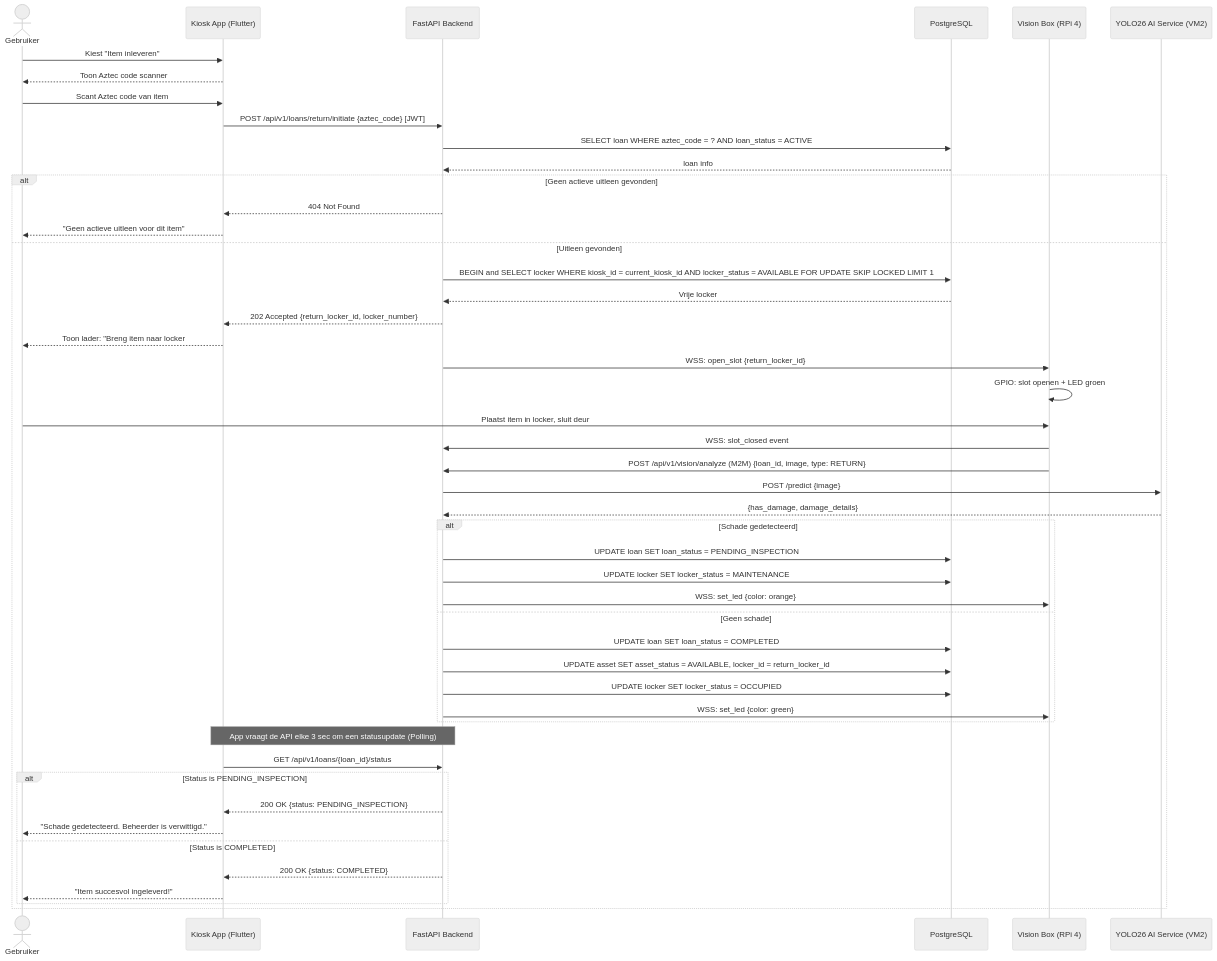
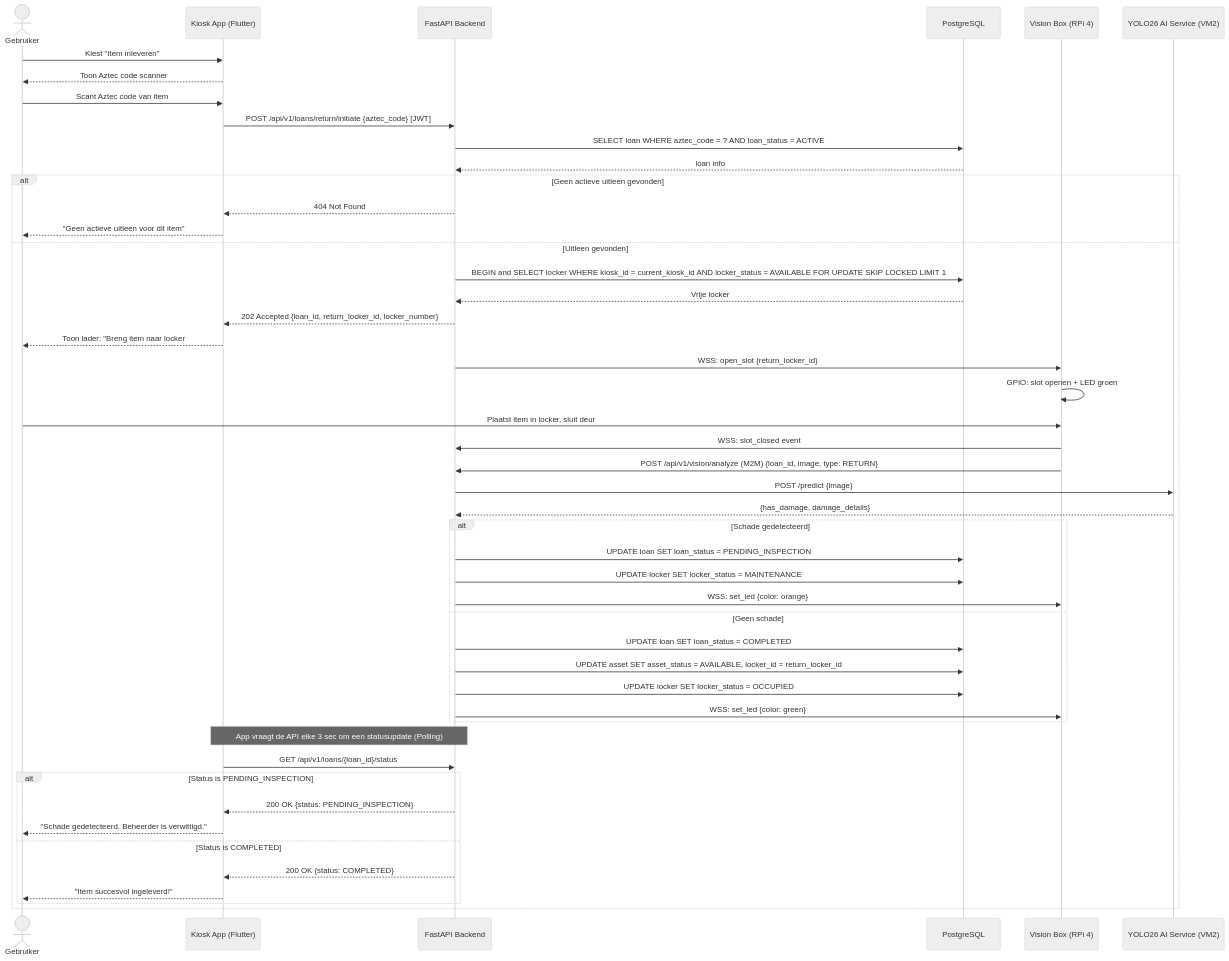
One commit to easylend-practice-enterprise/easylend changed the third of 4 diagrams in docs/workflows.md. Above: the diagram before and after it, drawn with Mermaid (neutral theme). The commit also changed 2 other files, not shown here.

Commit message:
docs: secure image endpoint against path traversal and expose loan_id in return flow

````diff
--- a/docs/workflows.md
+++ b/docs/workflows.md
@@ -135,58 +135,58 @@
 ```mermaid
 sequenceDiagram
     actor User as Gebruiker
     participant App as Kiosk App (Flutter)
     participant API as FastAPI Backend
     participant DB as PostgreSQL
     participant VB as Vision Box (RPi 4)
     participant AI as YOLO26 AI Service (VM2)
 
     User->>App: Kiest "Item inleveren"
     App-->>User: Toon Aztec code scanner
     User->>App: Scant Aztec code van item
     App->>API: POST /api/v1/loans/return/initiate {aztec_code} [JWT]
     API->>DB: SELECT loan WHERE aztec_code = ? AND loan_status = ACTIVE
     DB-->>API: loan info
 
     alt Geen actieve uitleen gevonden
         API-->>App: 404 Not Found
         App-->>User: "Geen actieve uitleen voor dit item"
     else Uitleen gevonden
         API->>DB: BEGIN and SELECT locker WHERE kiosk_id = current_kiosk_id AND locker_status = AVAILABLE FOR UPDATE SKIP LOCKED LIMIT 1
         DB-->>API: Vrije locker
-        API-->>App: 202 Accepted {return_locker_id, locker_number}
+        API-->>App: 202 Accepted {loan_id, return_locker_id, locker_number}
         App-->>User: Toon lader: "Breng item naar locker #N"
 
         API->>VB: WSS: open_slot {return_locker_id}
         VB->>VB: GPIO: slot openen + LED groen
         User->>VB: Plaatst item in locker, sluit deur
         VB->>API: WSS: slot_closed event
 
         VB->>API: POST /api/v1/vision/analyze (M2M) {loan_id, image, type: RETURN}
         API->>AI: POST /predict {image}
         AI-->>API: {has_damage, damage_details}
 
         alt Schade gedetecteerd
             API->>DB: UPDATE loan SET loan_status = PENDING_INSPECTION
             API->>DB: UPDATE locker SET locker_status = MAINTENANCE
             API->>VB: WSS: set_led {color: orange}
         else Geen schade
             API->>DB: UPDATE loan SET loan_status = COMPLETED
             API->>DB: UPDATE asset SET asset_status = AVAILABLE, locker_id = return_locker_id
             API->>DB: UPDATE locker SET locker_status = OCCUPIED
             API->>VB: WSS: set_led {color: green}
         end
 
         Note over App,API: App vraagt de API elke 3 sec om een statusupdate (Polling)
         App->>API: GET /api/v1/loans/{loan_id}/status
         
         alt Status is PENDING_INSPECTION
             API-->>App: 200 OK {status: PENDING_INSPECTION}
             App-->>User: "Schade gedetecteerd. Beheerder is verwittigd."
         else Status is COMPLETED
             API-->>App: 200 OK {status: COMPLETED}
             App-->>User: "Item succesvol ingeleverd!"
         end
     end
 
 ```
````
